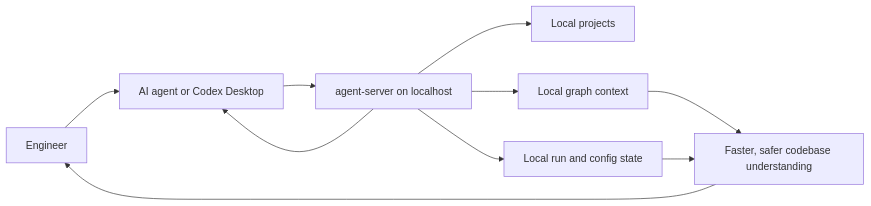
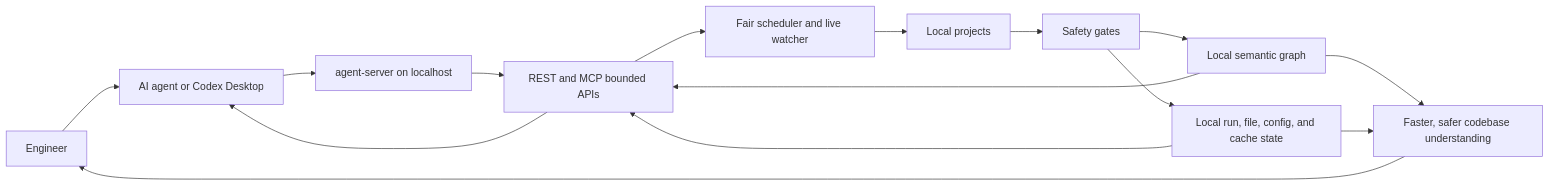
Before and after one commit to MiviaLabs/go-mivia: the second of 4 diagrams in README.md, drawn with Mermaid. The commit also changed other lines of this file and 1 other file, not shown here.

Commit message:
docs(server): document agent server feature map

````diff
--- a/README.md
+++ b/README.md
@@ -29,20 +83,28 @@
 ```mermaid
 flowchart LR
   Engineer["Engineer"]
   Agent["AI agent or Codex Desktop"]
   Server["agent-server on localhost"]
   Projects["Local projects"]
-  Graph["Local graph context"]
-  SQLite["Local run and config state"]
+  Scheduler["Fair scheduler and live watcher"]
+  Safety["Safety gates"]
+  Graph["Local semantic graph"]
+  SQLite["Local run, file, config, and cache state"]
+  APIs["REST and MCP bounded APIs"]
 
   Engineer --> Agent
   Agent --> Server
-  Server --> Projects
-  Server --> Graph
-  Server --> SQLite
-  Server --> Agent
+  Server --> APIs
+  APIs --> Scheduler
+  Scheduler --> Projects
+  Projects --> Safety
+  Safety --> Graph
+  Safety --> SQLite
+  Graph --> APIs
+  SQLite --> APIs
+  APIs --> Agent
 
   Graph --> Value["Faster, safer codebase understanding"]
   SQLite --> Value
   Value --> Engineer
 ```
````
